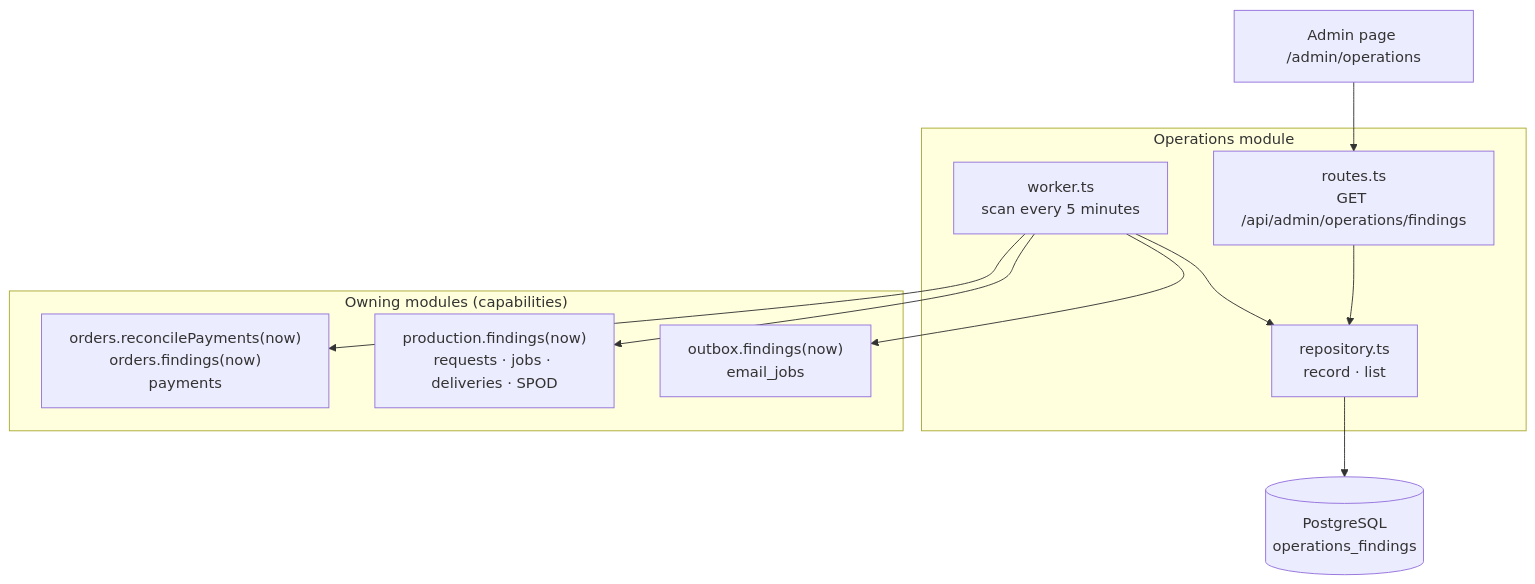
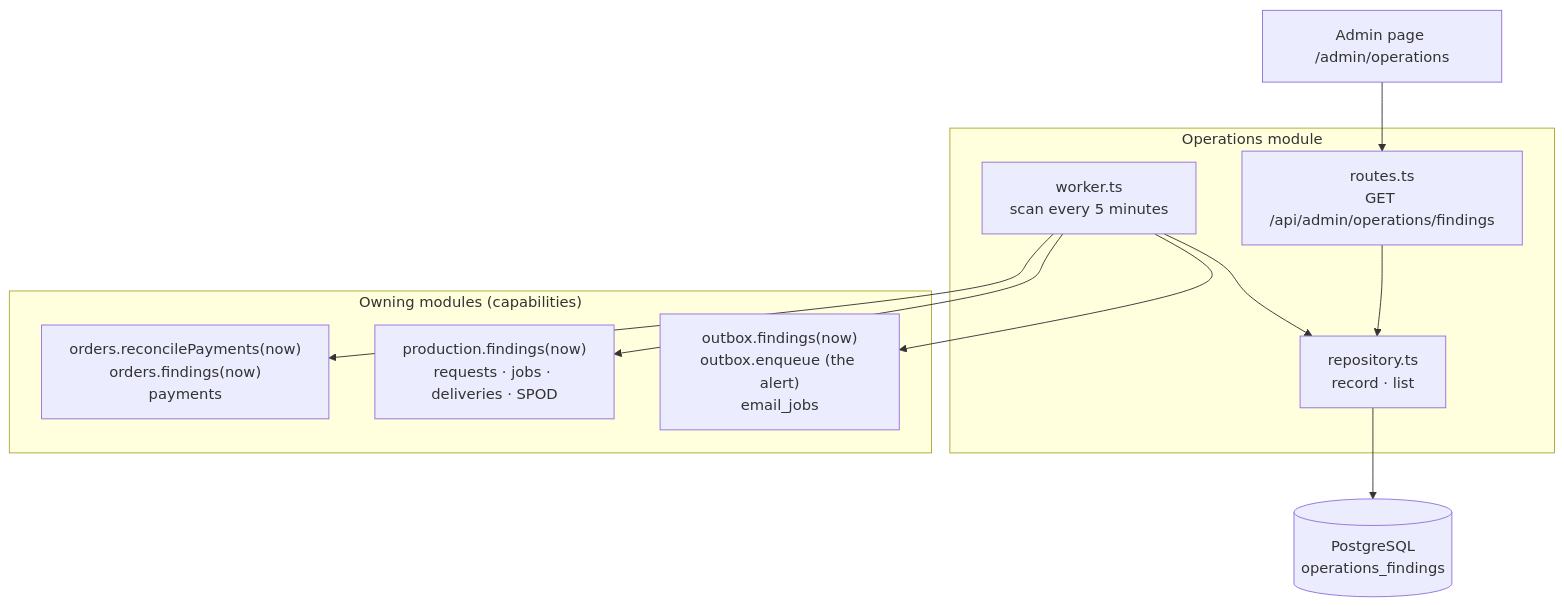
The diagram in docs/dev/backend-ts/packages/operations-package.md (bitstorm-tech/voenix-shop-kotlin), drawn with Mermaid before and after one commit. The commit also changed other lines of this file and 22 other files, not shown here.

Commit message:
Mail new operations findings once per scan to OPERATIONS_ALERT_EMAIL (#282 T3)

````diff
--- a/docs/dev/backend-ts/packages/operations-package.md
+++ b/docs/dev/backend-ts/packages/operations-package.md
@@ -43,22 +46,22 @@
 ```mermaid
 flowchart TB
     Admin["Admin page /admin/operations"]
 
     subgraph Operations["Operations module"]
         Routes["routes.ts<br/>GET /api/admin/operations/findings"]
         Worker["worker.ts<br/>scan every 5 minutes"]
         Repository["repository.ts<br/>record · list"]
     end
 
     subgraph Owners["Owning modules (capabilities)"]
         Orders["orders.reconcilePayments(now)<br/>orders.findings(now)<br/>payments"]
         Production["production.findings(now)<br/>requests · jobs · deliveries · SPOD"]
-        Outbox["outbox.findings(now)<br/>email_jobs"]
+        Outbox["outbox.findings(now)<br/>outbox.enqueue (the alert)<br/>email_jobs"]
     end
 
     Table[("PostgreSQL<br/>operations_findings")]
 
     Admin --> Routes --> Repository
     Worker --> Orders & Production & Outbox
     Worker --> Repository --> Table
 ```
````
